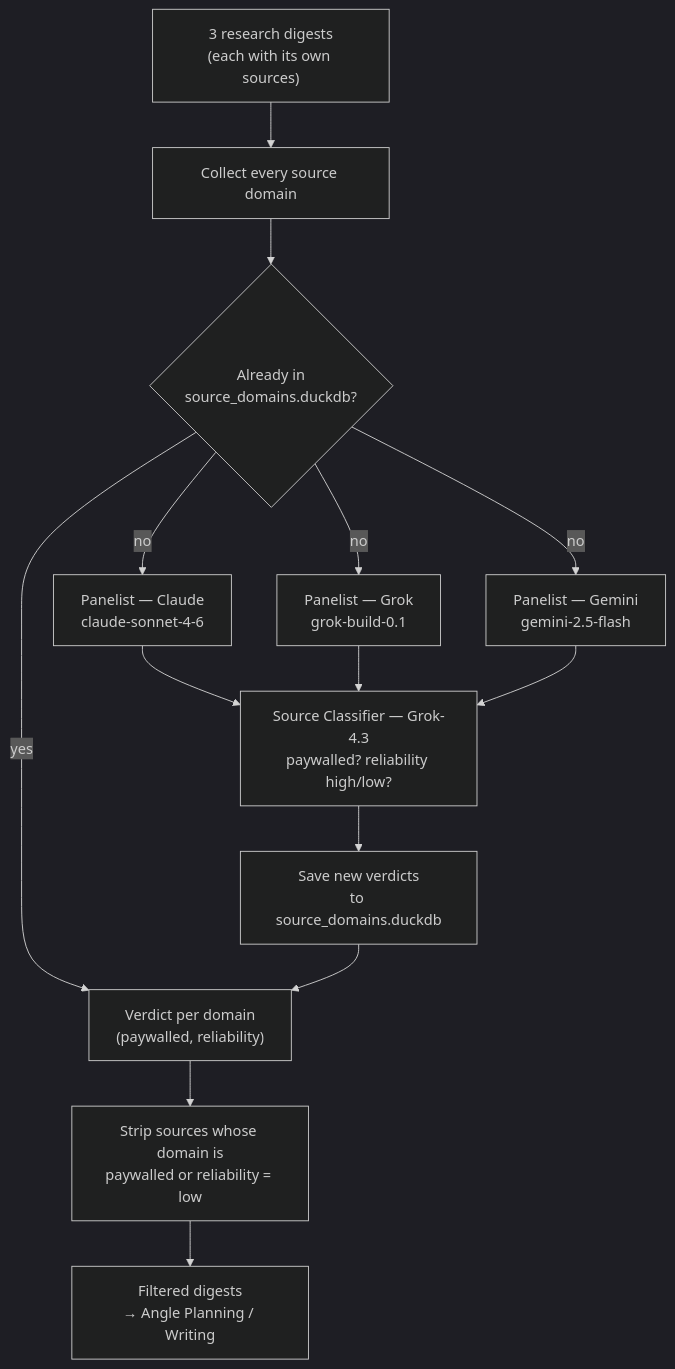
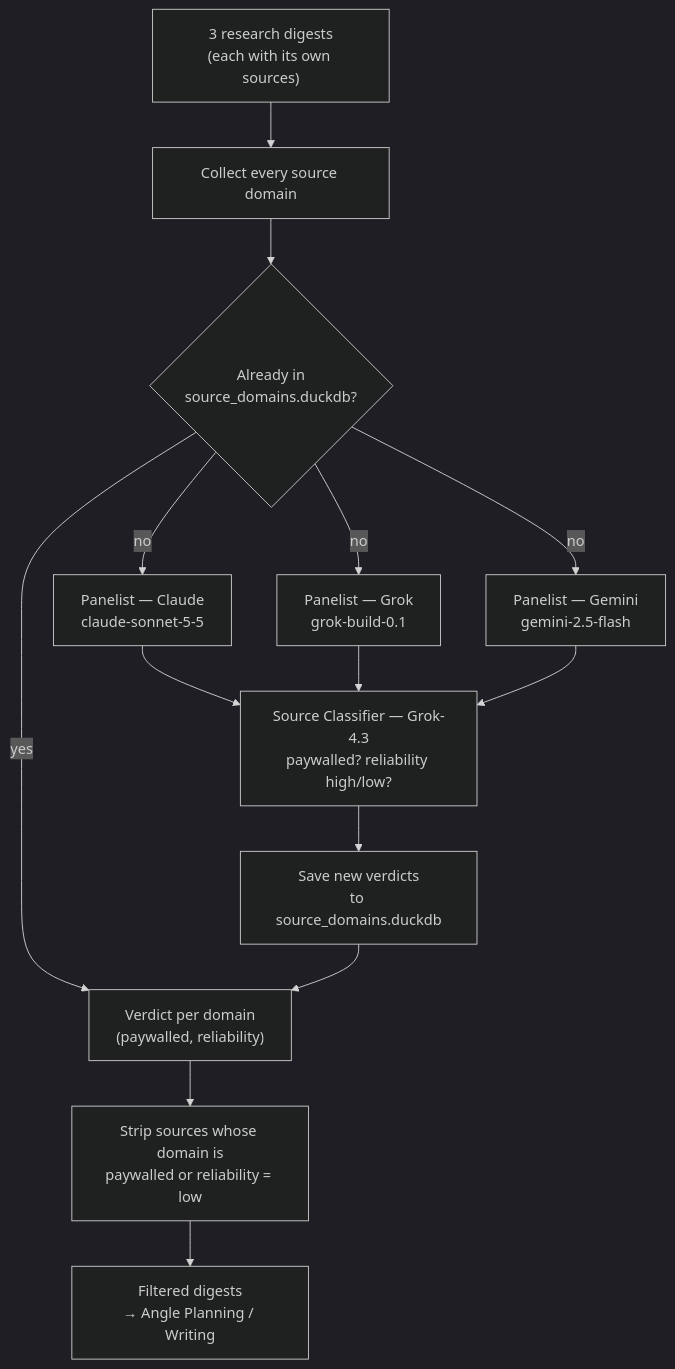
Before and after one commit to josemrsantos/gata: the ninth of 10 diagrams in docs/architecture.md, drawn with Mermaid (dark theme). The commit also changed other lines of this file and 31 other files, not shown here.

````diff
--- a/docs/architecture.md
+++ b/docs/architecture.md
@@ -599,23 +593,23 @@
    ```mermaid
    flowchart TD
        IN["3 research digests\n(each with its own sources)"]
        COLLECT["Collect every source domain"]
        CACHE{"Already in\nsource_domains.duckdb?"}
-       P1["Panelist — Claude\nclaude-sonnet-4-6"]
+       P1["Panelist — Claude\nclaude-sonnet-5-5"]
        P2["Panelist — Grok\ngrok-build-0.1"]
        P3["Panelist — Gemini\ngemini-2.5-flash"]
        AGG["Source Classifier — Grok-4.3\npaywalled? reliability high/low?"]
        SAVE["Save new verdicts\nto source_domains.duckdb"]
        VERDICTS["Verdict per domain\n(paywalled, reliability)"]
        FILTER["Strip sources whose domain is\npaywalled or reliability = low"]
        OUT["Filtered digests\n→ Angle Planning / Writing"]
 
        IN --> COLLECT --> CACHE
        CACHE -->|"yes"| VERDICTS
        CACHE -->|"no"| P1 & P2 & P3
        P1 --> AGG
        P2 --> AGG
        P3 --> AGG
        AGG --> SAVE --> VERDICTS
        VERDICTS --> FILTER --> OUT
    ```
````
